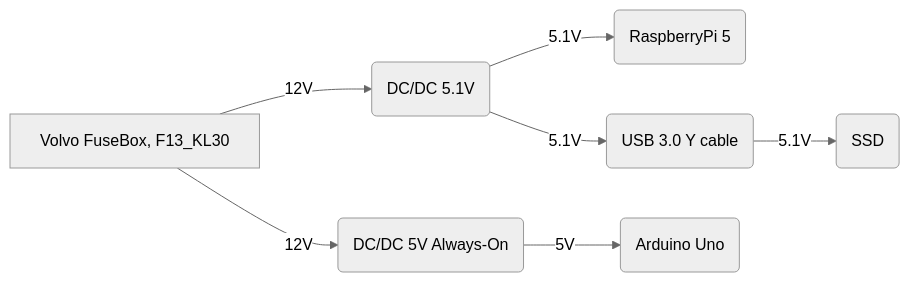
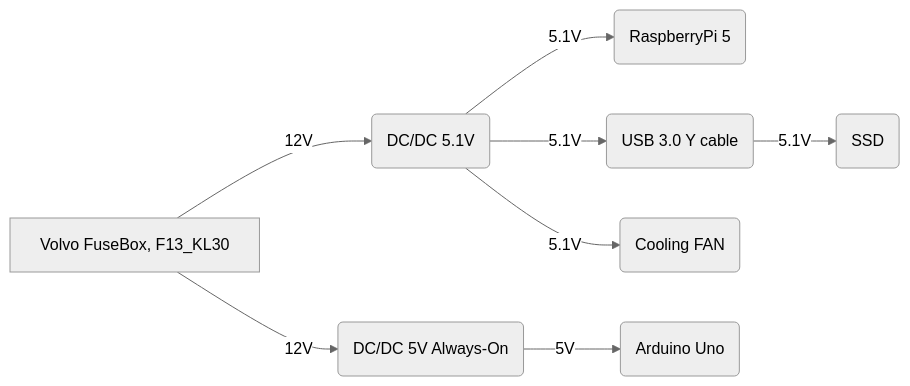
Before and after one commit to martis2580/Outdated-Volvo-Nav-Retrofit: the second of 5 diagrams in README.md, drawn with Mermaid (neutral theme).

Commit message:
Update README with Raspberry Pi USB backfeeding note
Added a note about preventing backfeeding into the Raspberry Pi USB port and recommended a USB boot delay adjustment.

````diff
--- a/README.md
+++ b/README.md
@@ -138,8 +138,9 @@
 ```mermaid
 flowchart LR
 A[Volvo FuseBox, F13_KL30] -->|12V| B(DC/DC 5.1V)
 A[Volvo FuseBox, F13_KL30] -->|12V| C(DC/DC 5V Always-On)
 B -->|5.1V| D(RaspberryPi 5)
 B -->|5.1V| E(USB 3.0 Y cable)-->|5.1V| F(SSD)
+B -->|5.1V| H(Cooling FAN)
 C -->|5V| G(Arduino Uno)
 ```
````
